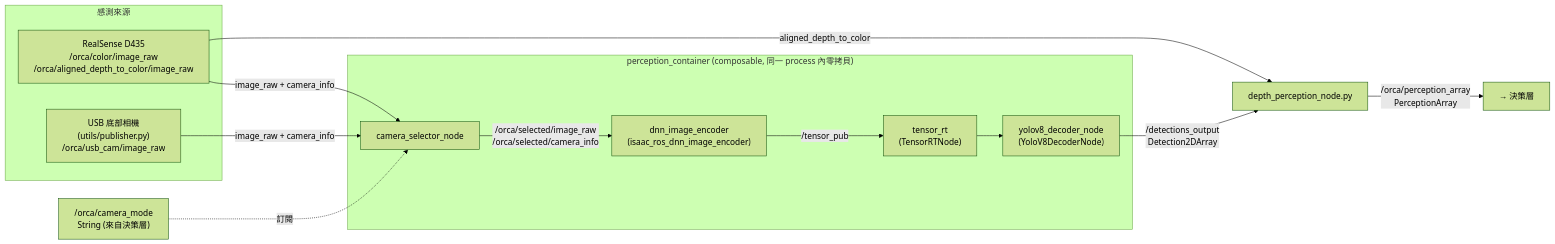
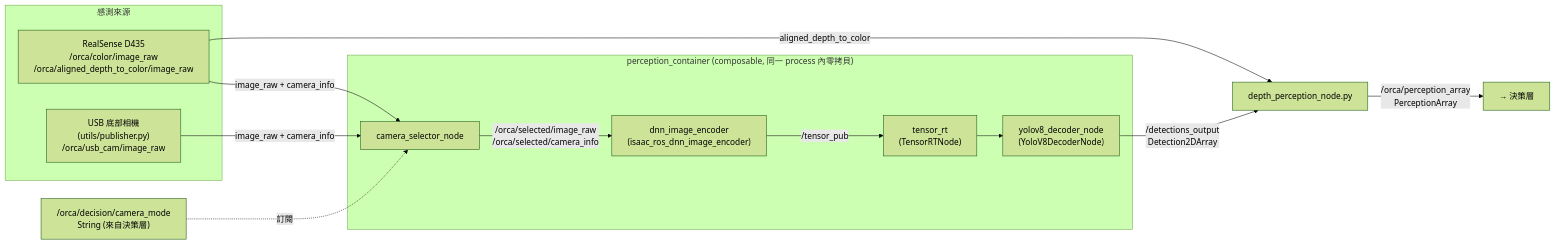
One commit to NCTU-AUV/SAUVC-JETSON changed the first of 2 diagrams in ARCHITECTURE.md. Above: the diagram before and after it, drawn with Mermaid (forest theme). The commit also changed other lines of this file and 5 other files, not shown here.

````diff
--- a/ARCHITECTURE.md
+++ b/ARCHITECTURE.md
@@ -61,28 +61,28 @@
 ```mermaid
 flowchart LR
     subgraph SENS["感測來源"]
         RS["RealSense D435\n/orca/color/image_raw\n/orca/aligned_depth_to_color/image_raw"]
         USB["USB 底部相機\n(utils/publisher.py)\n/orca/usb_cam/image_raw"]
     end
 
     subgraph PC["perception_container (composable, 同一 process 內零拷貝)"]
         CS["camera_selector_node"]
         ENC["dnn_image_encoder\n(isaac_ros_dnn_image_encoder)"]
         TRT["tensor_rt\n(TensorRTNode)"]
         YOLO["yolov8_decoder_node\n(YoloV8DecoderNode)"]
     end
 
     DP["depth_perception_node.py"]
 
     RS -->|image_raw + camera_info| CS
     USB -->|image_raw + camera_info| CS
     CS -->|"/orca/selected/image_raw\n/orca/selected/camera_info"| ENC
     ENC -->|/tensor_pub| TRT
     TRT --> YOLO
     YOLO -->|"/detections_output\nDetection2DArray"| DP
     RS -->|aligned_depth_to_color| DP
 
     DP -->|"/orca/perception_array\nPerceptionArray"| OUT["→ 決策層"]
 
-    CAMMODE["/orca/camera_mode\nString (來自決策層)"] -.訂閱.-> CS
+    CAMMODE["/orca/decision/camera_mode\nString (來自決策層)"] -.訂閱.-> CS
 ```
````
